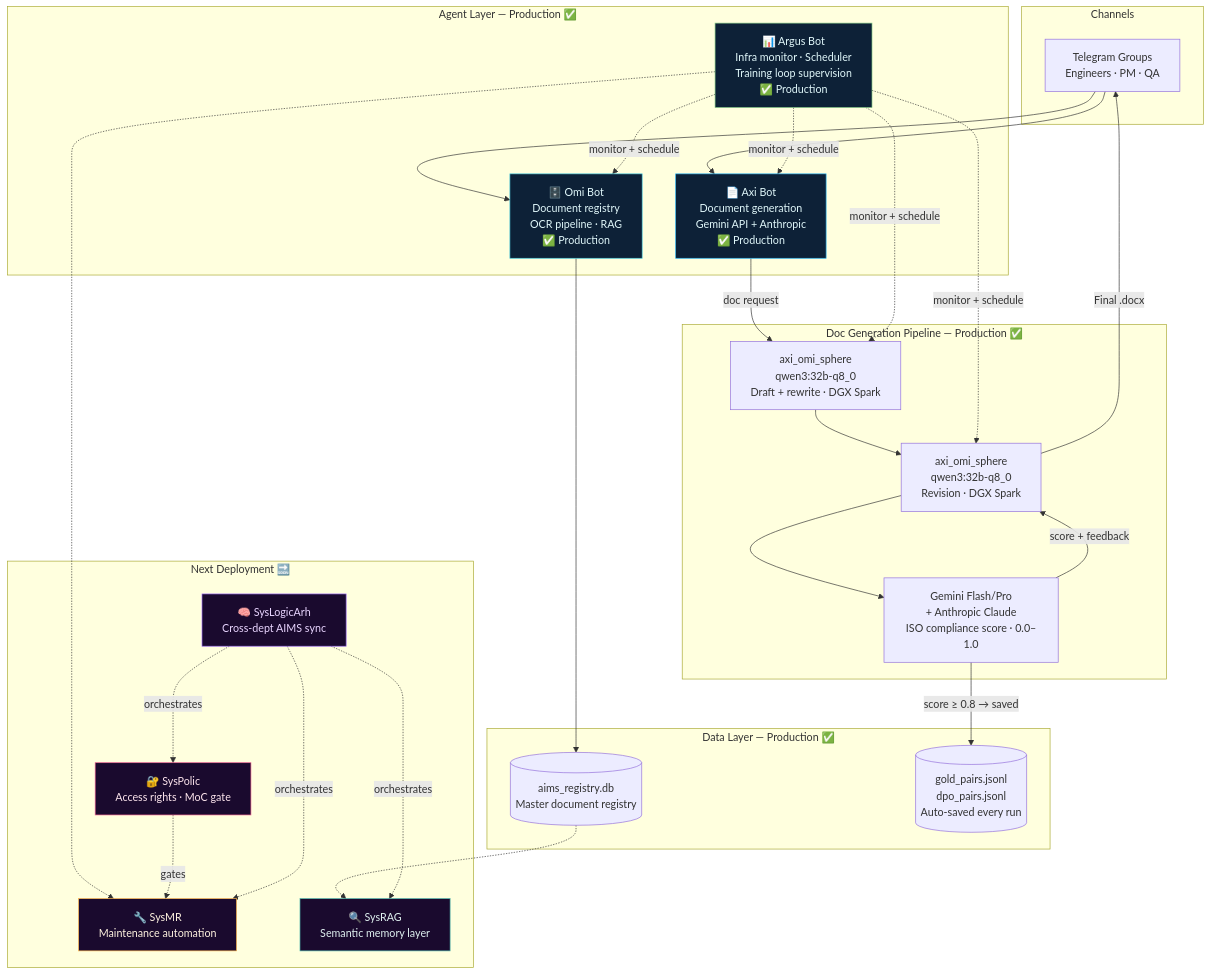
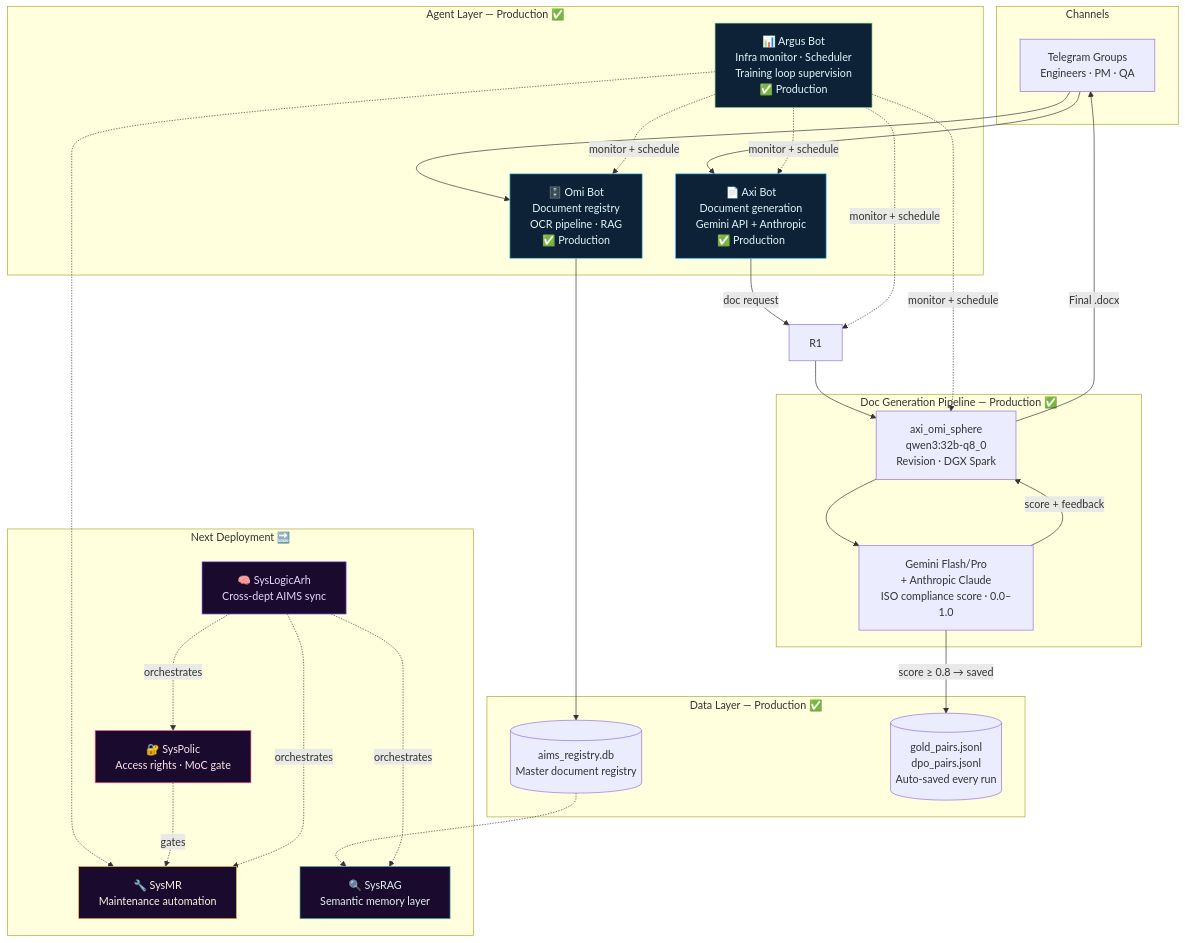
Before and after one commit to AxiOMSphereAssistanceAIMS/AxiOMSphere: the first of 12 diagrams in README.md, drawn with Mermaid. The commit also changed other lines of this file, not shown here.

````diff
--- a/README.md
+++ b/README.md
@@ -152,50 +152,50 @@
 ```mermaid
 flowchart TB
     subgraph Channels
         TG["Telegram Groups\nEngineers · PM · QA"]
     end
 
     subgraph "Agent Layer — Production ✅"
         Axi["📄 Axi Bot\nDocument generation\nGemini API + Anthropic\n✅ Production"]
         Omi["🗄️ Omi Bot\nDocument registry\nOCR pipeline · RAG\n✅ Production"]
         Argus["📊 Argus Bot\nInfra monitor · Scheduler\nTraining loop supervision\n✅ Production"]
     end
 
     subgraph "Doc Generation Pipeline — Production ✅"
-        R1["axi_omi_sphere\nqwen3:32b-q8_0\nDraft + rewrite · DGX Spark"]
+        Qwen["axi_omi_sphere\nqwen3:32b-q8_0\nDraft + rewrite · DGX Spark"]
         Qwen["axi_omi_sphere\nqwen3:32b-q8_0\nRevision · DGX Spark"]
         Gemini["Gemini Flash/Pro\n+ Anthropic Claude\nISO compliance score · 0.0–1.0"]
     end
 
     subgraph "Data Layer — Production ✅"
         AR[("aims_registry.db\nMaster document registry")]
         TRN[("gold_pairs.jsonl\ndpo_pairs.jsonl\nAuto-saved every run")]
     end
 
     subgraph "Next Deployment 🔜"
         NL["🧠 SysLogicArh\nCross-dept AIMS sync"]
         NP["🔐 SysPolic\nAccess rights · MoC gate"]
         NM["🔧 SysMR\nMaintenance automation"]
         NR["🔍 SysRAG\nSemantic memory layer"]
     end
 
     TG --> Axi & Omi
     Axi -->|"doc request"| R1 --> Qwen --> Gemini
     Gemini -->|"score + feedback"| Qwen
     Qwen -->|"Final .docx"| TG
     Gemini -->|"score ≥ 0.8 → saved"| TRN
     Omi --> AR
     Argus -.->|"monitor + schedule"| Axi & Omi & R1 & Qwen
     AR -.-> NR
     Argus -.-> NM
     NP -.->|"gates"| NM
     NL -.->|"orchestrates"| NP & NM & NR
 
     style Axi fill:#0d2137,stroke:#29b6f6,color:#e0f7fa
     style Omi fill:#0d2137,stroke:#4dd0e1,color:#e0f7fa
     style Argus fill:#0d2137,stroke:#81c784,color:#e0f7fa
     style NL fill:#1a0a2e,stroke:#9c6df4,color:#e9d5ff
     style NP fill:#1a0a2e,stroke:#f06292,color:#fce4ec
     style NM fill:#1a0a2e,stroke:#ffb74d,color:#fff3e0
     style NR fill:#1a0a2e,stroke:#4db6ac,color:#e0f2f1
 ```
````
